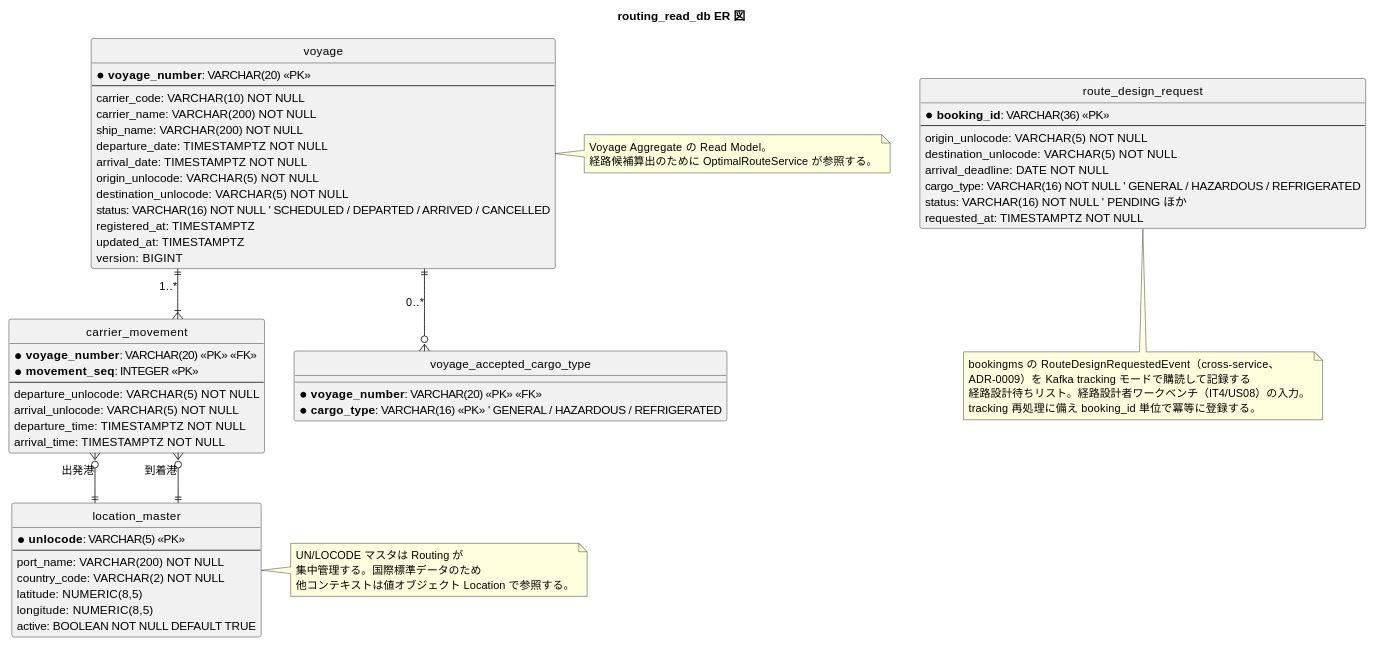
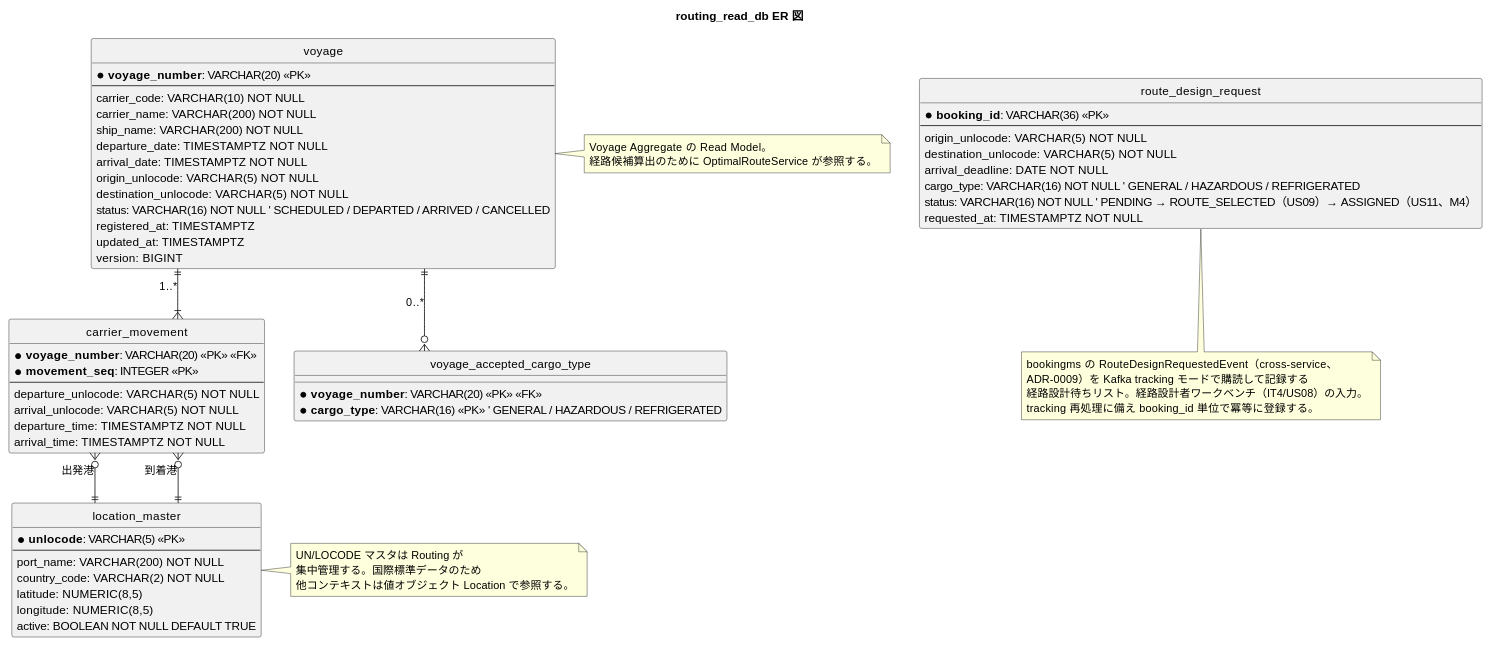
The fourth of 8 diagrams in docs/design/data-model.md (k2works/case-study-cargo-tracker), drawn with PlantUML before and after one commit. The commit also changed other lines of this file and 6 other files, not shown here.

```diff
--- a/docs/design/data-model.md
+++ b/docs/design/data-model.md
@@ -481,7 +482,7 @@
   destination_unlocode: VARCHAR(5) NOT NULL
   arrival_deadline: DATE NOT NULL
   cargo_type: VARCHAR(16) NOT NULL ' GENERAL / HAZARDOUS / REFRIGERATED
-  status: VARCHAR(16) NOT NULL ' PENDING ほか
+  status: VARCHAR(16) NOT NULL ' PENDING → ROUTE_SELECTED（US09）→ ASSIGNED（US11、M4）
   requested_at: TIMESTAMPTZ NOT NULL
 }
 
```
